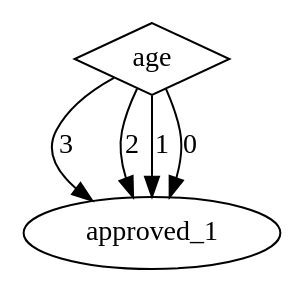
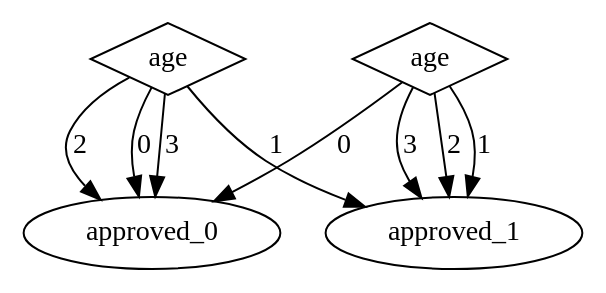
One commit to torfah/synplicate changed the diagram in examples/loan_acquisition/program/program0.dot. Above: the diagram before and after it, drawn with Graphviz. The commit also changed 39 other files, not shown here.

```diff
--- a/examples/loan_acquisition/program/program0.dot
+++ b/examples/loan_acquisition/program/program0.dot
@@ -1,12 +1,21 @@
 digraph {
+node [label=approved_0,style=""] approved_0
+node [label=approved_0,style=""] approved_0
+node [label=approved_1,style=""] approved_1
+node [label=approved_0,style=""] approved_0
 node [label=approved_1,style=""] approved_1
 node [label=approved_1,style=""] approved_1
 node [label=approved_1,style=""] approved_1
-node [label=approved_1,style=""] approved_1
+node [label=approved_0,style=""] approved_0
+node [label=age,shape="diamond",style=""] 1
 node [label=age,shape="diamond",style=""] 0
 
+1 -> approved_0 [label="3"]
+1 -> approved_0 [label="2"]
+1 -> approved_1 [label="1"]
+1 -> approved_0 [label="0"]
 0 -> approved_1 [label="3"]
 0 -> approved_1 [label="2"]
 0 -> approved_1 [label="1"]
-0 -> approved_1 [label="0"]
+0 -> approved_0 [label="0"]
 }
```
